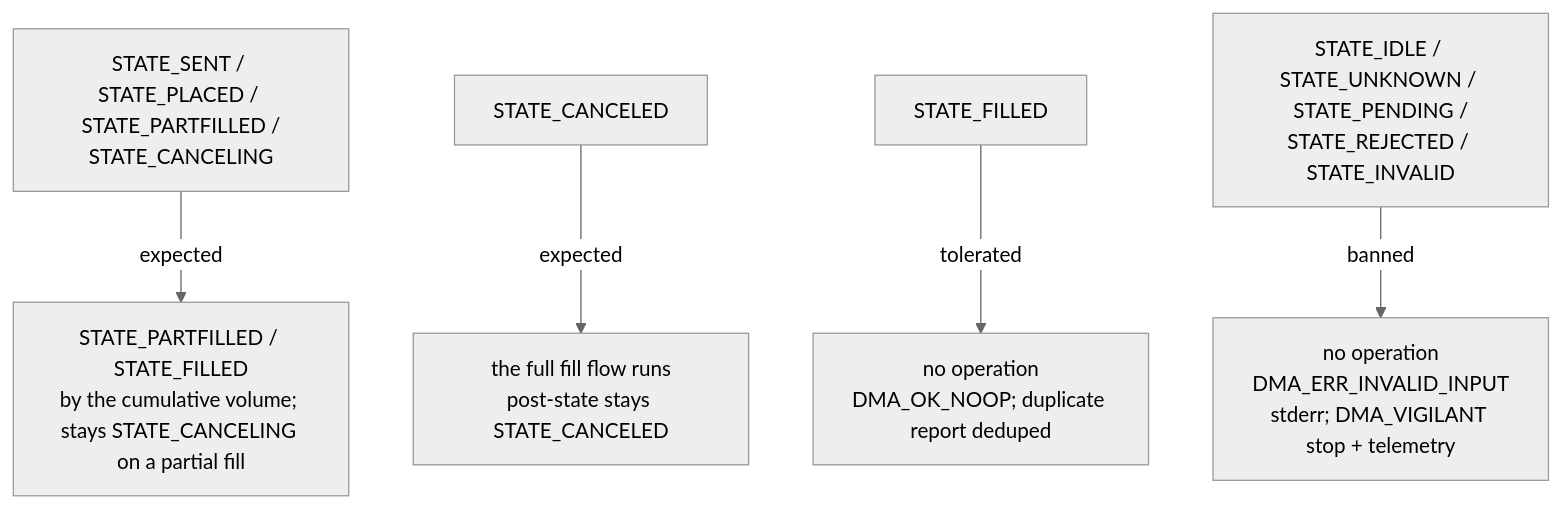
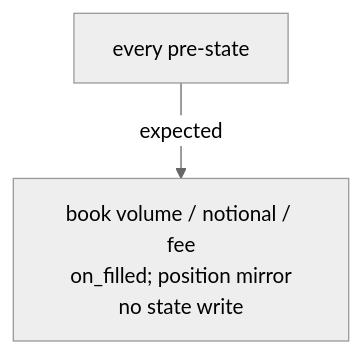
The ninth of 11 diagrams in algo_engine/engine/orderstate_flow.md (BolunHan/PyAlgoEngine), drawn with Mermaid (neutral theme) before and after one commit. The commit also changed other lines of this file and 1 other file, not shown here.

````diff
--- a/algo_engine/engine/orderstate_flow.md
+++ b/algo_engine/engine/orderstate_flow.md
@@ -237,7 +241,4 @@
 ```mermaid
 flowchart TD
-    A["STATE_SENT / STATE_PLACED / STATE_PARTFILLED /<br/>STATE_CANCELING"] -->|expected| R1["STATE_PARTFILLED / STATE_FILLED<br/>by the cumulative volume; stays STATE_CANCELING on a partial fill"]
-    B["STATE_CANCELED"] -->|expected| R2["the full fill flow runs<br/>post-state stays STATE_CANCELED"]
-    C["STATE_FILLED"] -->|tolerated| R3["no operation<br/>DMA_OK_NOOP; duplicate report deduped"]
-    D["STATE_IDLE / STATE_UNKNOWN / STATE_PENDING /<br/>STATE_REJECTED / STATE_INVALID"] -->|banned| R4["no operation<br/>DMA_ERR_INVALID_INPUT<br/>stderr; DMA_VIGILANT stop + telemetry"]
+    A["every pre-state"] -->|expected| R1["book volume / notional / fee<br/>on_filled; position mirror<br/>no state write"]
 ```
````
